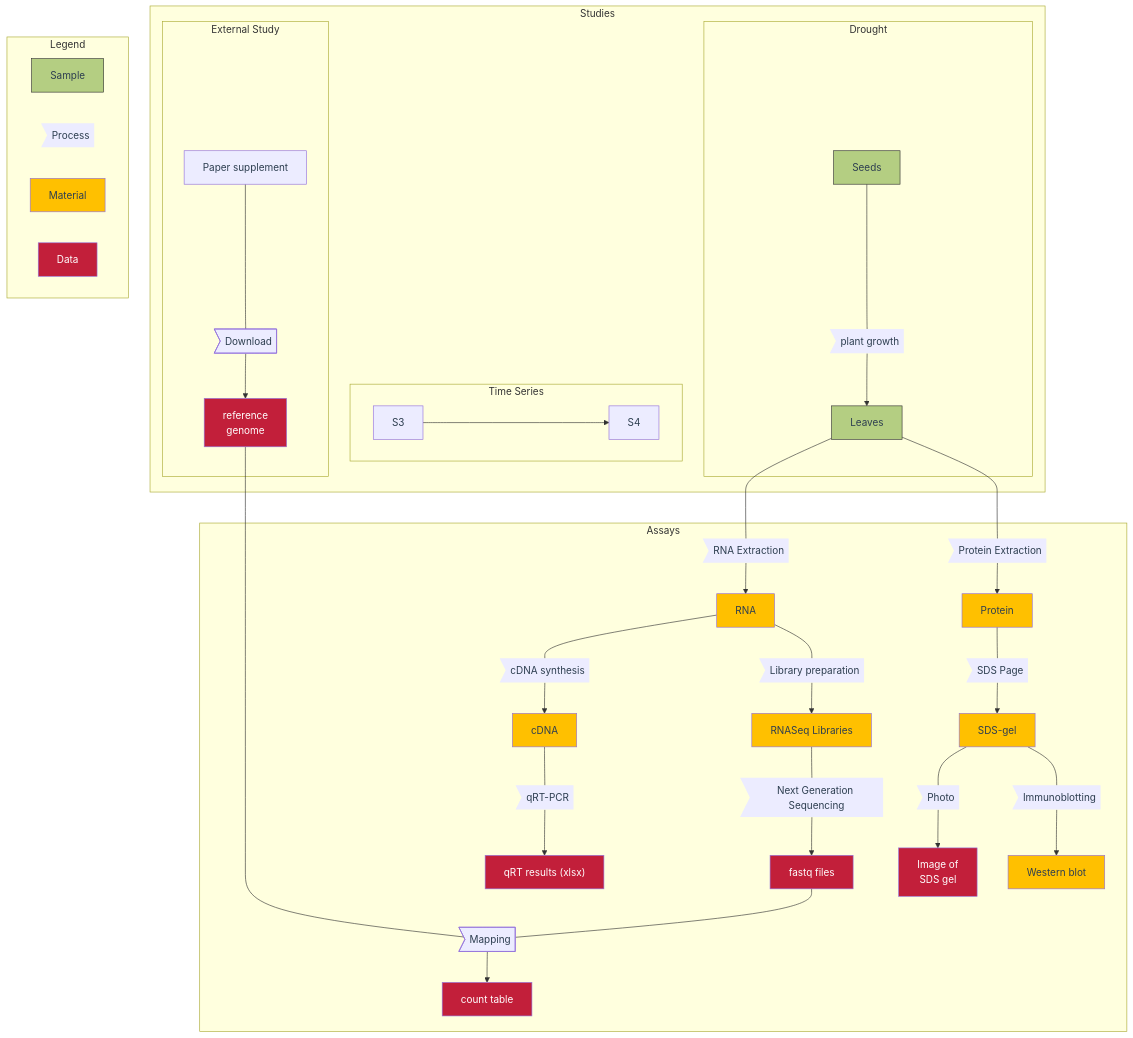
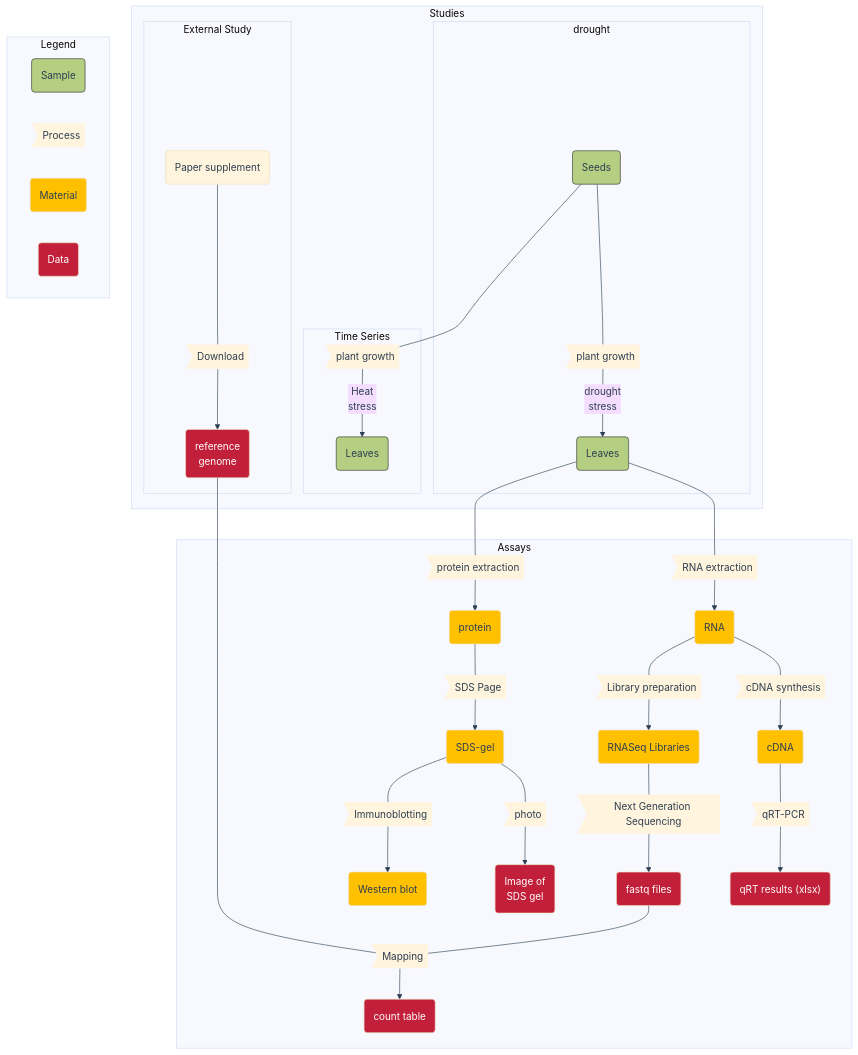
The third of 3 diagrams in src/docs/guides/ARC-practical-entry.md (nfdi4plants/nfdi4plants.knowledgebase), drawn with Mermaid before and after one commit. The commit also changed other lines of this file, not shown here.

````diff
--- a/src/docs/guides/ARC-practical-entry.md
+++ b/src/docs/guides/ARC-practical-entry.md
@@ -52,51 +180,65 @@
 ```mermaid
+
+%%{
+  init: {
+    'theme': 'base',
+    'themeVariables': {
+      'background': '#fff',
+      'lineColor': '#2d3e50',
+      'primaryTextColor': '#2d3e50'
+    }
+  }
+}%%
+
 
 graph TD
 
 %% Nodes
-  S1[Seeds]
-  S2[Leaves]
+  S1(Seeds)
+
+  S2(Leaves)
   
-  M1[RNA]
-  M2[Protein]
-  M3[cDNA]
-  M4[RNASeq Libraries]
-  M5[SDS-gel]
-  M6[Western blot]
+  M1(RNA)
+  M2(protein)
+  M3(cDNA)
+  M4(RNASeq Libraries)
+  M5(SDS-gel)
+  M6(Western blot)
   
   P1>plant growth]
-  P2>RNA Extraction]
-  P3>Protein Extraction]
+  P2>RNA extraction]
+  P3>protein extraction]
   P4>cDNA synthesis]
   P5>qRT-PCR]
   P6>Library preparation]
   P7>Next Generation Sequencing]
   P8>SDS Page]
-  P9>Photo]
+  P9>photo]
   P10>Immunoblotting]
   P11>Mapping]
   
-  D1["qRT results (xlsx)"]
-  D2[fastq files]
-  D3[Image of \n SDS gel]
-  D4[reference \n genome]
-  D5[count table]
-  
+  D1("qRT results (xlsx)")
+  D2(fastq files)
+  D3(Image of \n SDS gel)
+  D4(reference \n genome)
+  D5(count table)  
 
 %% Links
 
 subgraph Studies
-  subgraph Drought
-    S1 ---P1--> S2
+  subgraph drought
+    S1 ---P1--drought\nstress--> S2
   end
   
   subgraph Time Series
-    S3 -----> S4
+    P13>plant growth] 
+
+    S1 ---P13--Heat\nstress--> S4(Leaves)
   end
 
   subgraph External Study
     P12>Download]
-    x[Paper supplement] ---P12--> D4
+    x(Paper supplement) ---P12--> D4
   end
 
 end
@@ -120,24 +262,22 @@
 
 %% Add legend
 subgraph Legend
-    Sx[Sample]    
+    Sx(Sample)    
     Px>Process]
-    Mx[Material]    
-    Dx[Data]
+    Mx(Material)    
+    Dx(Data)
 end
 
 %% Defining node styles
-  classDef default color:#2d3e50;
   classDef S fill:#b4ce82, stroke:#333;
   classDef M fill:#ffc000;
   classDef D fill:#c21f3a,color:white;
   classDef P stroke-width:0px;  
 
 %% Assigning styles to nodes
-  class Sx,S1,S2 S;
+  class Sx,S1,S2,S4 S;
   class Mx,M1,M2,M3,M4,M5,M6 M;
   class Dx,D1,D2,D3,D4,D5 D;
-  class Px,P1,P2,P3,P4,P5,P6,P7,P8,P9,P10 P;
-
+  class Px,P1,P2,P3,P4,P5,P6,P7,P8,P9,P10,P11,P12,P13 P;
 
 ```
````
